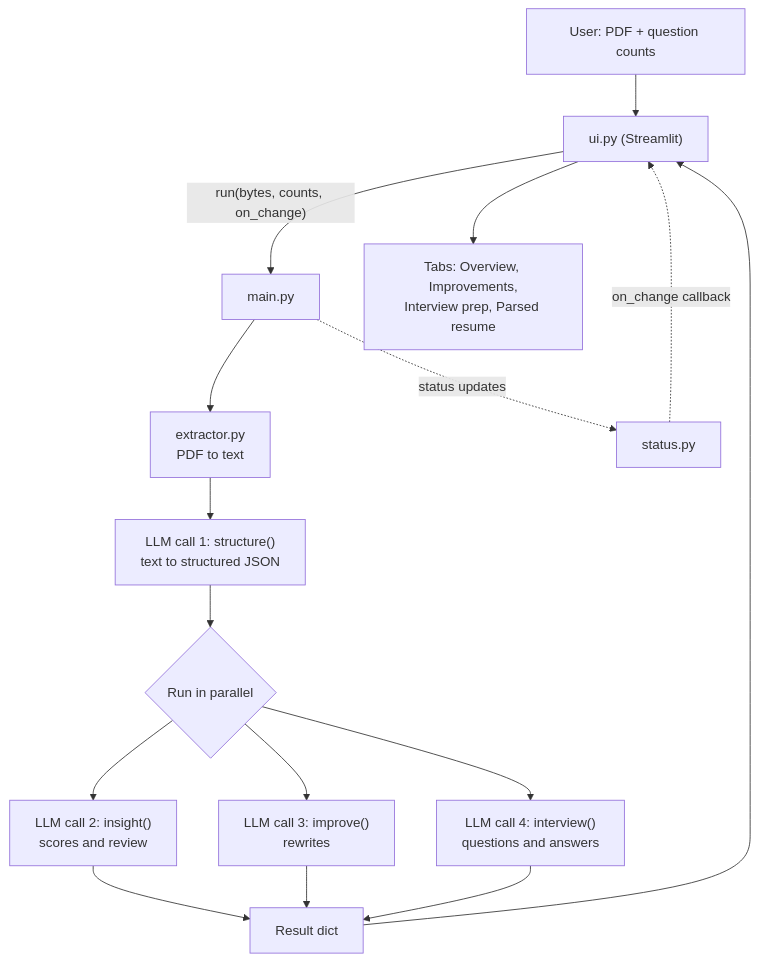
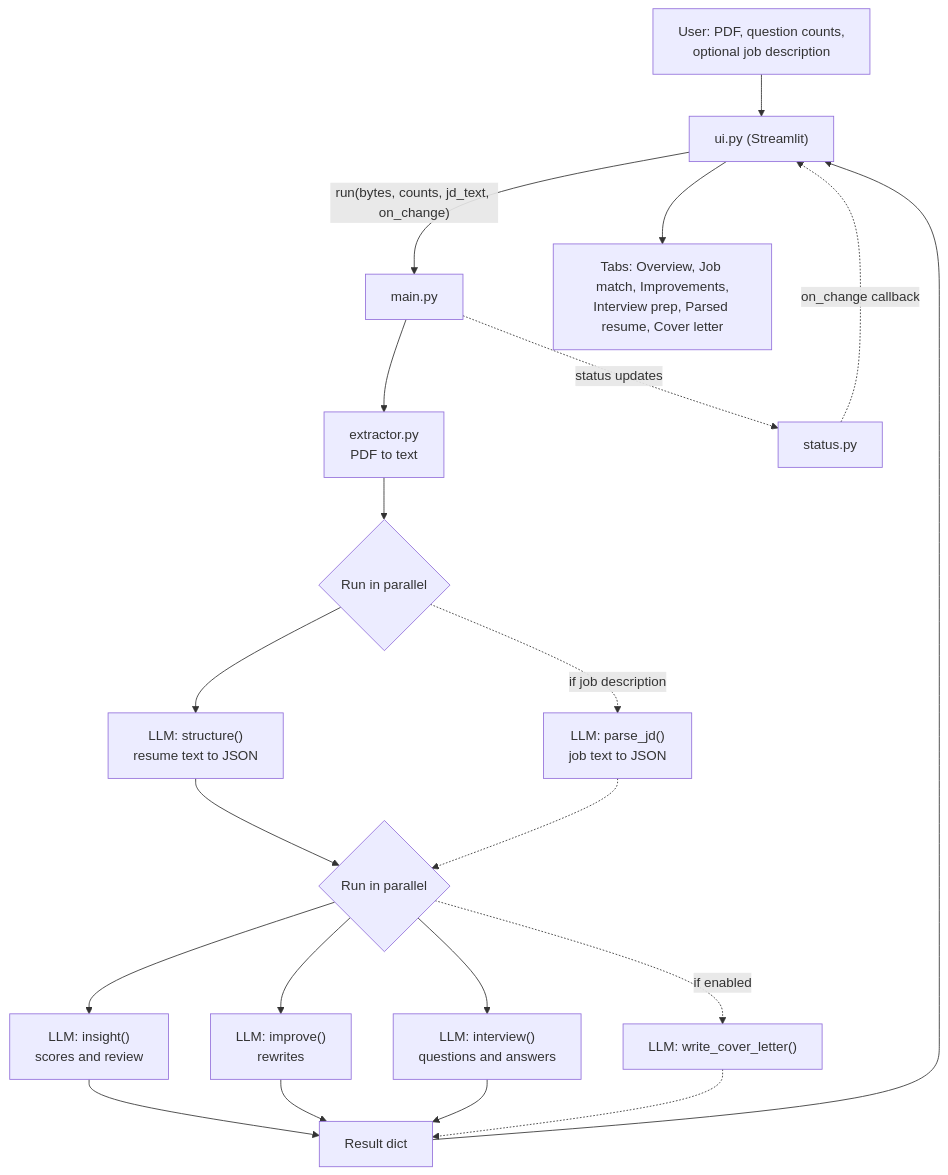
The first of 2 diagrams in README.md (leeutkarsh/ResumeForce-AI), drawn with Mermaid before and after one commit. The commit also changed other lines of this file, not shown here.

````diff
--- a/README.md
+++ b/README.md
@@ -69,22 +72,27 @@
 ```mermaid
 flowchart TD
-    U["User: PDF + question counts"] --> UI["ui.py (Streamlit)"]
-    UI -->|"run(bytes, counts, on_change)"| M["main.py"]
+    U["User: PDF, question counts,<br/>optional job description"] --> UI["ui.py (Streamlit)"]
+    UI -->|"run(bytes, counts, jd_text, on_change)"| M["main.py"]
 
     M --> E["extractor.py<br/>PDF to text"]
-    E --> S["LLM call 1: structure()<br/>text to structured JSON"]
+    E --> P1{"Run in parallel"}
+    P1 --> S["LLM: structure()<br/>resume text to JSON"]
+    P1 -.->|"if job description"| J["LLM: parse_jd()<br/>job text to JSON"]
 
-    S --> P{"Run in parallel"}
-    P --> I["LLM call 2: insight()<br/>scores and review"]
-    P --> B["LLM call 3: improve()<br/>rewrites"]
-    P --> Q["LLM call 4: interview()<br/>questions and answers"]
+    S --> P2{"Run in parallel"}
+    J -.-> P2
+    P2 --> I["LLM: insight()<br/>scores and review"]
+    P2 --> B["LLM: improve()<br/>rewrites"]
+    P2 --> Q["LLM: interview()<br/>questions and answers"]
+    P2 -.->|"if enabled"| C["LLM: write_cover_letter()"]
 
     I --> R["Result dict"]
     B --> R
     Q --> R
+    C -.-> R
     R --> UI
-    UI --> T["Tabs: Overview, Improvements,<br/>Interview prep, Parsed resume"]
+    UI --> T["Tabs: Overview, Job match, Improvements,<br/>Interview prep, Parsed resume, Cover letter"]
 
     M -. "status updates" .-> ST["status.py"]
     ST -. "on_change callback" .-> UI
 ```
````
